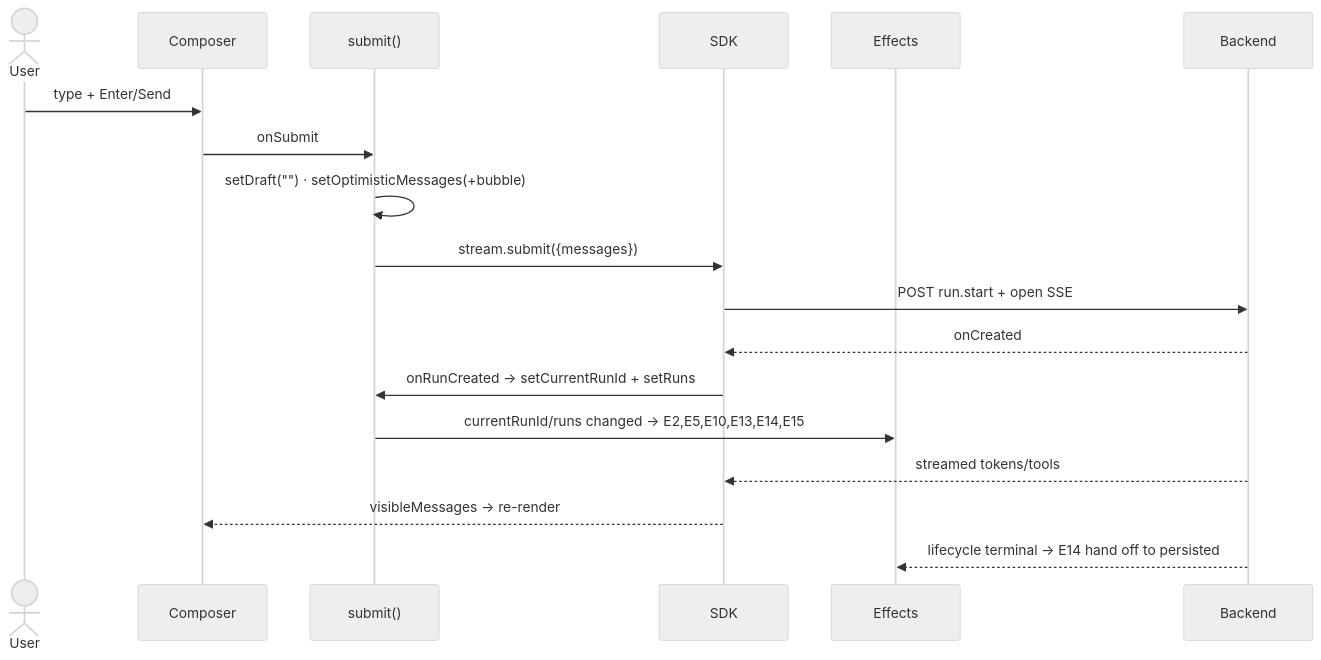
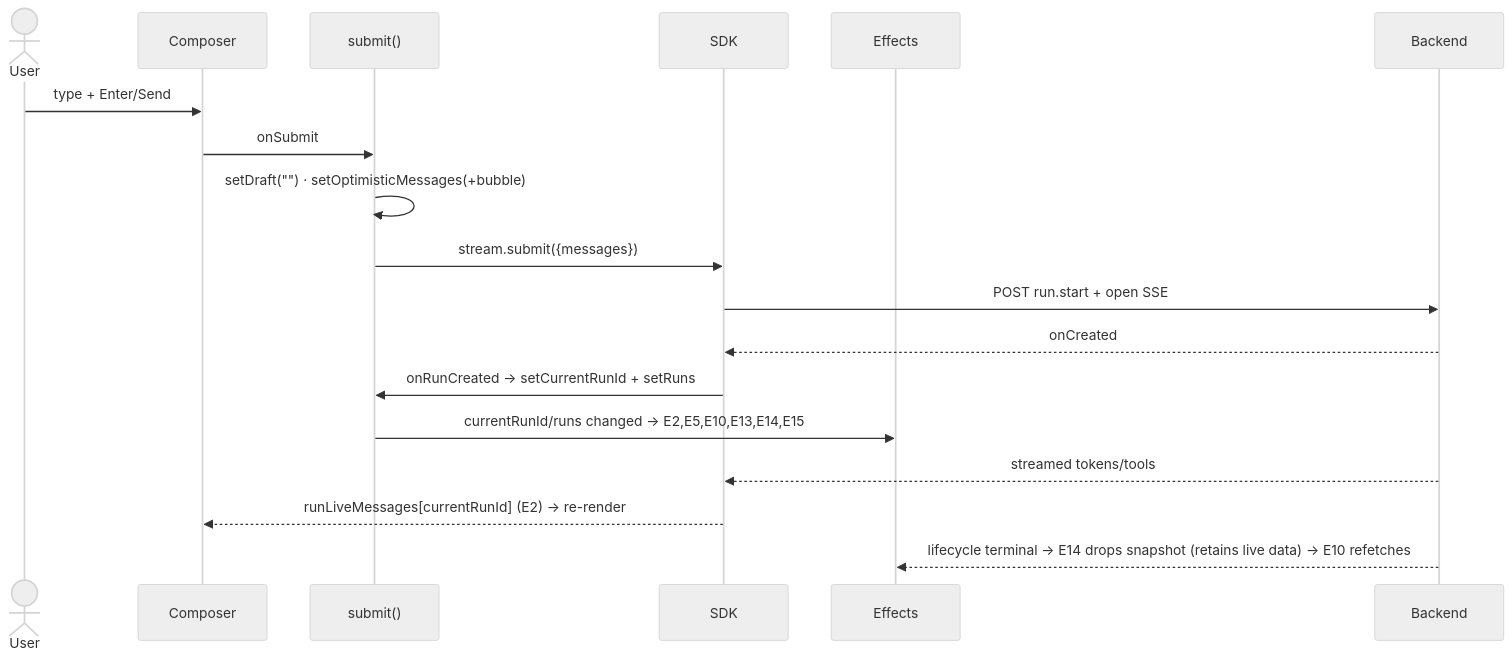
The diagram in docs/architecture/ui-interactions.md (aa2051995/deep-agent-ga), drawn with Mermaid (neutral theme) before and after one commit. The commit also changed other lines of this file and 5 other files, not shown here.

````diff
--- a/docs/architecture/ui-interactions.md
+++ b/docs/architecture/ui-interactions.md
@@ -375,21 +386,21 @@
 ```mermaid
 sequenceDiagram
     actor User
     participant Composer
     participant submit as submit()
     participant SDK
     participant Effects
     participant Backend
 
     User->>Composer: type + Enter/Send
     Composer->>submit: onSubmit
     submit->>submit: setDraft("") · setOptimisticMessages(+bubble)
     submit->>SDK: stream.submit({messages})
     SDK->>Backend: POST run.start + open SSE
     Backend-->>SDK: onCreated
     SDK->>submit: onRunCreated → setCurrentRunId + setRuns
     submit->>Effects: currentRunId/runs changed → E2,E5,E10,E13,E14,E15
     Backend-->>SDK: streamed tokens/tools
-    SDK-->>Composer: visibleMessages → re-render
-    Backend-->>Effects: lifecycle terminal → E14 hand off to persisted
+    SDK-->>Composer: runLiveMessages[currentRunId] (E2) → re-render
+    Backend-->>Effects: lifecycle terminal → E14 drops snapshot (retains live data) → E10 refetches
 ```
````
